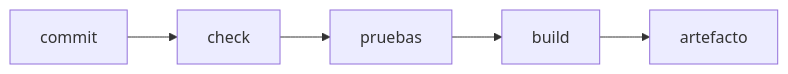
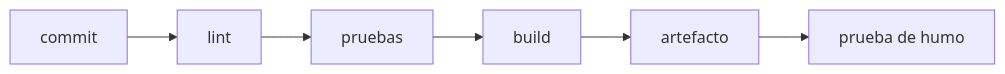
The diagram in src/content/docs/integration/index.md (mkrebs03/devops-atlas), drawn with Mermaid before and after one commit. The commit also changed other lines of this file and 69 other files, not shown here.

````diff
--- a/src/content/docs/integration/index.md
+++ b/src/content/docs/integration/index.md
@@ -35,4 +47,4 @@
 ```mermaid
 flowchart LR
-  Co["commit"] --> Ch["check"] --> T["pruebas"] --> Bu["build"] --> Pk["artefacto"]
+  Co["commit"] --> Ch["lint"] --> T["pruebas"] --> Bu["build"] --> Pk["artefacto"] --> H["prueba de humo"]
 ```
````
